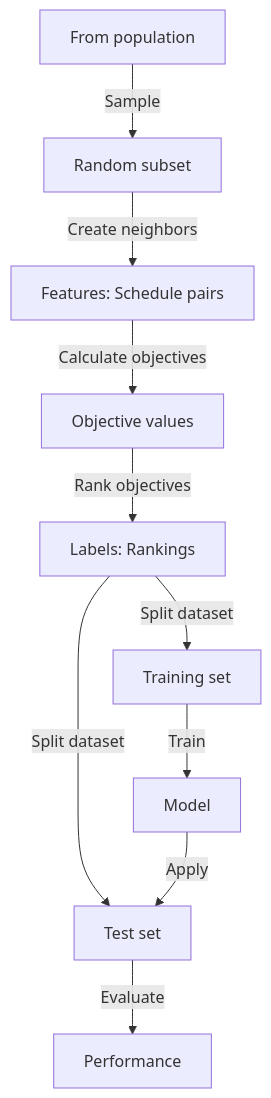
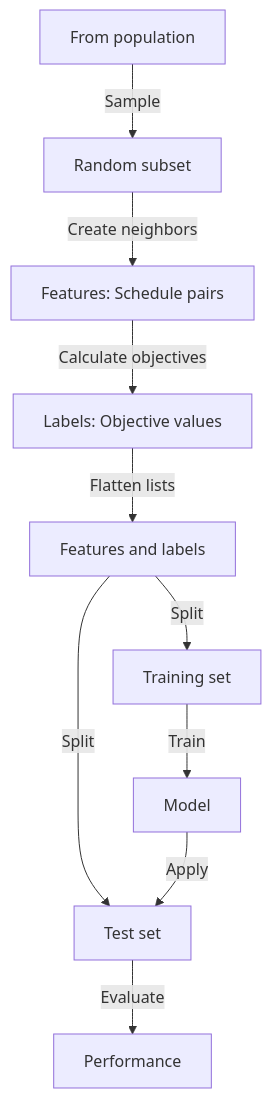
The diagram in xgboost-objective-calc-large.qmd (witusj/experiments-source), drawn with Mermaid before and after one commit. The commit also changed other lines of this file and 49 other files, not shown here.

````diff
--- a/xgboost-objective-calc-large.qmd
+++ b/xgboost-objective-calc-large.qmd
@@ -139,12 +119,12 @@
 ```{mermaid}
 graph TD
     A["From population"] -->|"Sample"| B["Random subset"]
     B --> |Create neighbors| C["Features: Schedule pairs"]
-    C --> |Calculate objectives| D["Objective values"]
-    D --> |Rank objectives| E["Labels: Rankings"]
-    E --> |"Split dataset"| F["Training set"]
-    E --> |"Split dataset"| G["Test set"]
+    C --> |Calculate objectives| D["Labels: Objective values"]
+    D --> |Flatten lists| E["Features and labels"]
+    E --> |"Split"| F["Training set"]
+    E --> |"Split"| G["Test set"]
     F --> |"Train"| H["Model"]
     H["Model"] --> |"Apply"| G["Test set"]
     G["Test set"] --> |"Evaluate"| I["Performance"]
 ```
````
